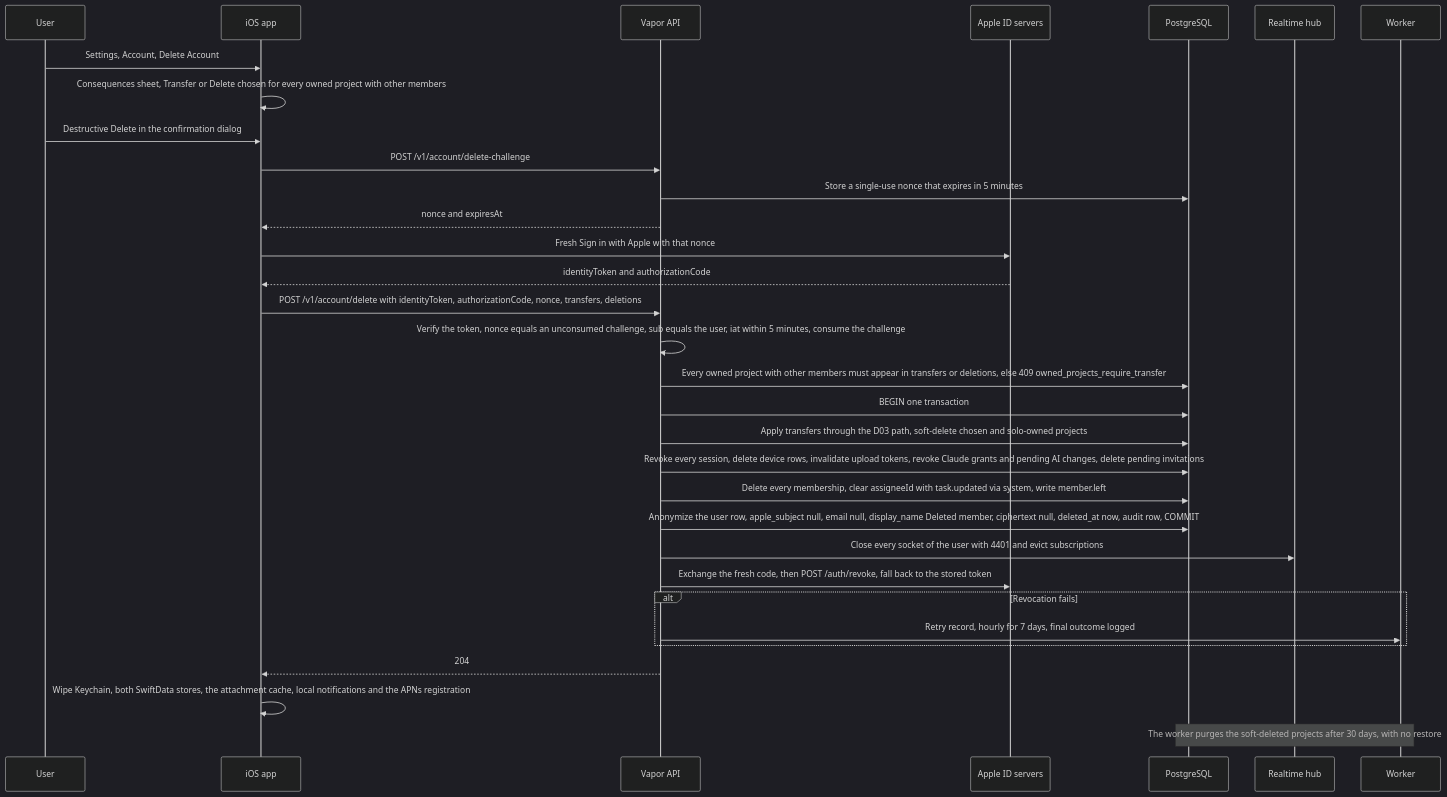
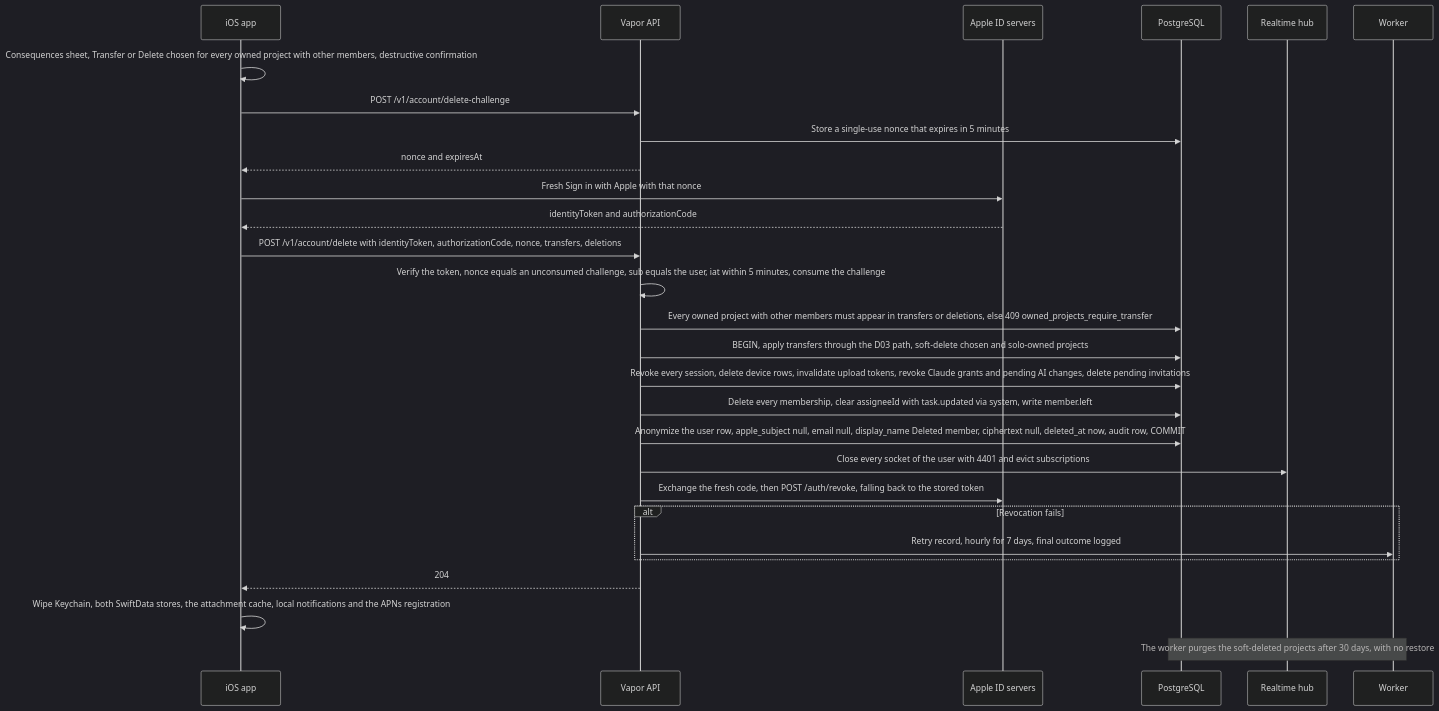
Before and after one commit to cdcucco/Shared-Kanban: diagram 12 of 13 in docs/architecture.md, drawn with Mermaid (dark theme). The commit also changed other lines of this file and 1 other file, not shown here.

First line of the commit message:
docs: architecture and threat model drafts

````diff
--- a/docs/architecture.md
+++ b/docs/architecture.md
@@ -714,34 +651,30 @@
 ```mermaid
 sequenceDiagram
-    participant U as User
     participant App as iOS app
     participant API as Vapor API
     participant Apple as Apple ID servers
     participant DB as PostgreSQL
     participant Hub as Realtime hub
     participant W as Worker
-    U->>App: Settings, Account, Delete Account
-    App->>App: Consequences sheet, Transfer or Delete chosen for every owned project with other members
-    U->>App: Destructive Delete in the confirmation dialog
+    App->>App: Consequences sheet, Transfer or Delete chosen for every owned project with other members, destructive confirmation
     App->>API: POST /v1/account/delete-challenge
     API->>DB: Store a single-use nonce that expires in 5 minutes
     API-->>App: nonce and expiresAt
     App->>Apple: Fresh Sign in with Apple with that nonce
     Apple-->>App: identityToken and authorizationCode
     App->>API: POST /v1/account/delete with identityToken, authorizationCode, nonce, transfers, deletions
     API->>API: Verify the token, nonce equals an unconsumed challenge, sub equals the user, iat within 5 minutes, consume the challenge
     API->>DB: Every owned project with other members must appear in transfers or deletions, else 409 owned_projects_require_transfer
-    API->>DB: BEGIN one transaction
-    API->>DB: Apply transfers through the D03 path, soft-delete chosen and solo-owned projects
+    API->>DB: BEGIN, apply transfers through the D03 path, soft-delete chosen and solo-owned projects
     API->>DB: Revoke every session, delete device rows, invalidate upload tokens, revoke Claude grants and pending AI changes, delete pending invitations
     API->>DB: Delete every membership, clear assigneeId with task.updated via system, write member.left
     API->>DB: Anonymize the user row, apple_subject null, email null, display_name Deleted member, ciphertext null, deleted_at now, audit row, COMMIT
     API->>Hub: Close every socket of the user with 4401 and evict subscriptions
-    API->>Apple: Exchange the fresh code, then POST /auth/revoke, fall back to the stored token
+    API->>Apple: Exchange the fresh code, then POST /auth/revoke, falling back to the stored token
     alt Revocation fails
         API->>W: Retry record, hourly for 7 days, final outcome logged
     end
     API-->>App: 204
     App->>App: Wipe Keychain, both SwiftData stores, the attachment cache, local notifications and the APNs registration
     Note over W,DB: The worker purges the soft-deleted projects after 30 days, with no restore
 ```
````
